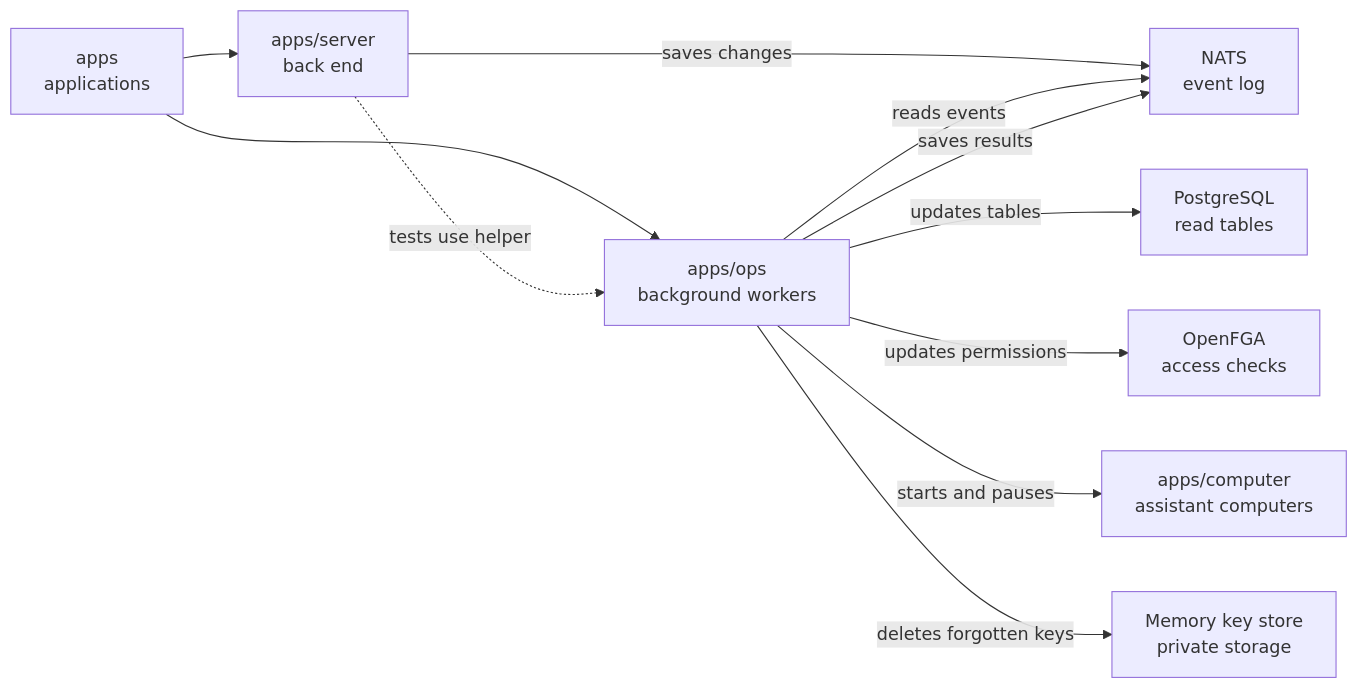
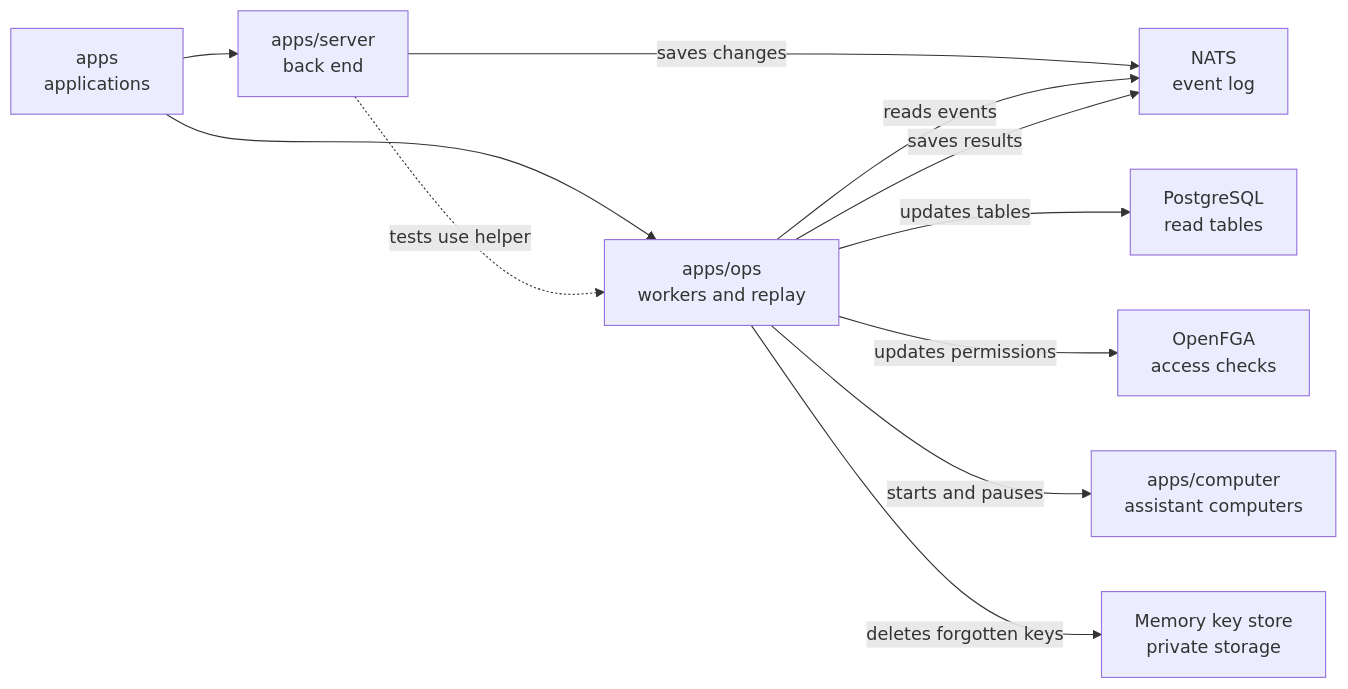
The diagram in apps/ops/README.md (elewa-git/opencrane-new), drawn with Mermaid before and after one commit. The commit also changed other lines of this file and 16 other files, not shown here.

````diff
--- a/apps/ops/README.md
+++ b/apps/ops/README.md
@@ -17,13 +17,13 @@
 ```mermaid
 flowchart LR
-  apps["apps<br/>applications"] --> ops["apps/ops<br/>background workers"]
+  apps["apps<br/>applications"] --> ops["apps/ops<br/>workers and replay"]
   apps --> server["apps/server<br/>back end"]
   server -.->|tests use helper| ops
   server -->|saves changes| nats["NATS<br/>event log"]
   ops -->|reads events| nats
   ops -->|saves results| nats
   ops -->|updates tables| pg["PostgreSQL<br/>read tables"]
   ops -->|updates permissions| fga["OpenFGA<br/>access checks"]
   ops -->|starts and pauses| computer["apps/computer<br/>assistant computers"]
   ops -->|deletes forgotten keys| keys["Memory key store<br/>private storage"]
 ```
````
